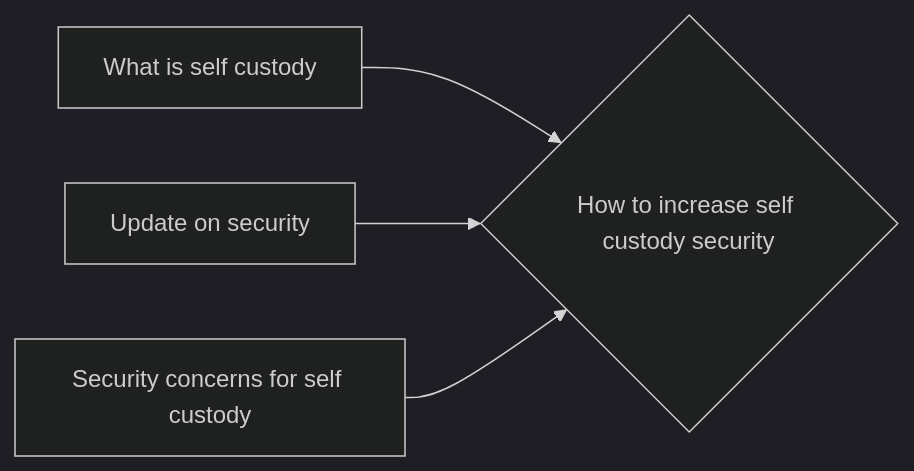
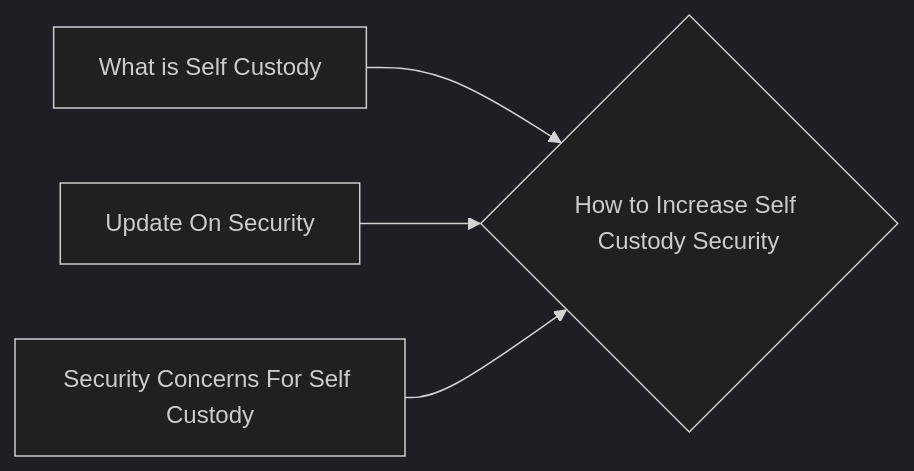
The diagram in notes/How_to_Increase_Self_Custody_Security.md (lpurdy01/crypto-knowledge-map), drawn with Mermaid (dark theme) before and after one commit. The commit also changed 50 other files, not shown here.

````diff
--- a/notes/How_to_Increase_Self_Custody_Security.md
+++ b/notes/How_to_Increase_Self_Custody_Security.md
@@ -12,6 +12,6 @@
 ```mermaid
 graph LR
-1["What is self custody"]-->0{"How to increase self custody security"}
-2["Update on security"]-->0{"How to increase self custody security"}
-3["Security concerns for self custody"]-->0{"How to increase self custody security"}
+1["What is Self Custody"]-->0{"How to Increase Self Custody Security"}
+2["Update On Security"]-->0{"How to Increase Self Custody Security"}
+3["Security Concerns For Self Custody"]-->0{"How to Increase Self Custody Security"}
 ```
````
